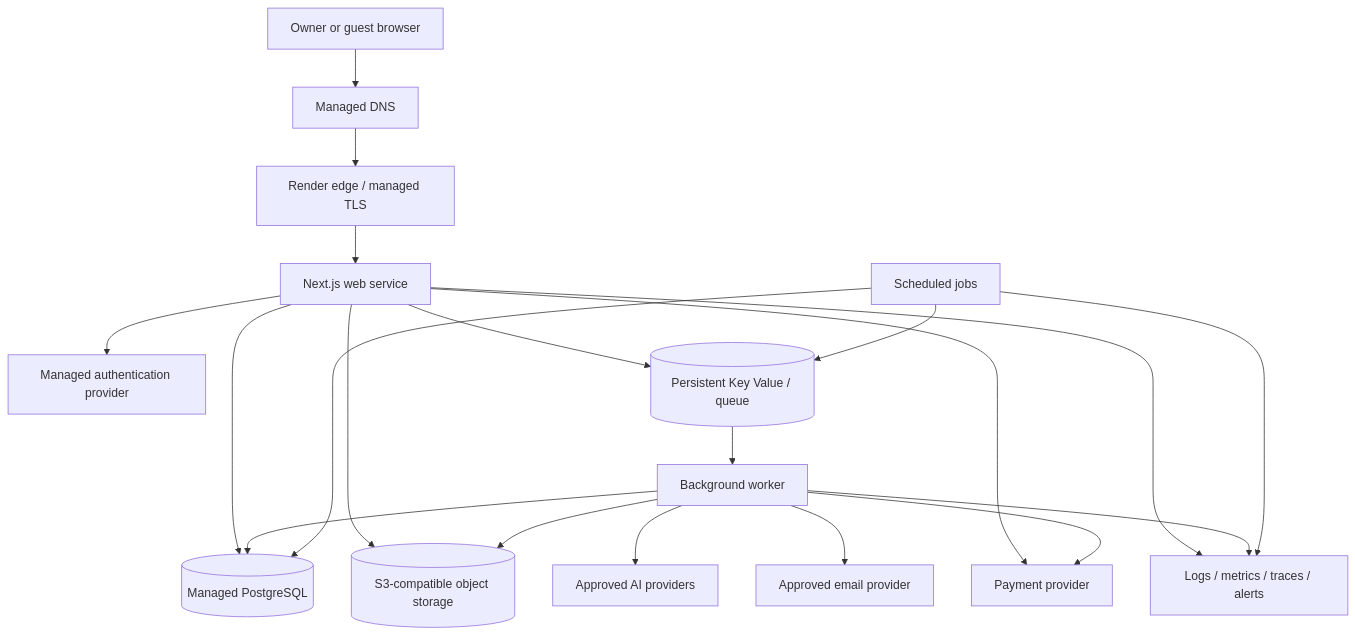
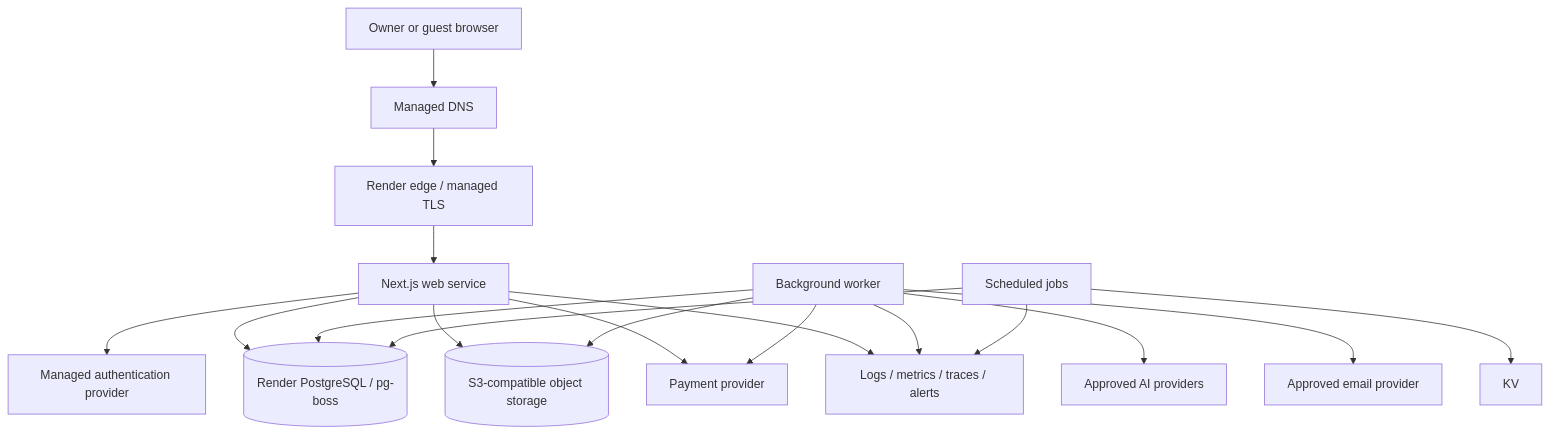
One commit to sarva-uttam/Digital-E-invite changed the diagram in docs/12_DEPLOYMENT.md. Above: the diagram before and after it, drawn with Mermaid. The commit also changed other lines of this file and 4 other files, not shown here.

````diff
--- a/docs/12_DEPLOYMENT.md
+++ b/docs/12_DEPLOYMENT.md
@@ -104,26 +104,24 @@
 ```mermaid
 flowchart TD
     U[Owner or guest browser] --> DNS[Managed DNS]
     DNS --> TLS[Render edge / managed TLS]
     TLS --> WEB[Next.js web service]
 
     WEB --> AUTH[Managed authentication provider]
-    WEB --> PG[(Managed PostgreSQL)]
-    WEB --> KV[(Persistent Key Value / queue)]
+    WEB --> PG[(Render PostgreSQL / pg-boss)]
     WEB --> OBJ[(S3-compatible object storage)]
     WEB --> PAY[Payment provider]
 
-    KV --> WRK[Background worker]
-    WRK --> PG
+    WRK[Background worker] --> PG
     WRK --> OBJ
     WRK --> AI[Approved AI providers]
     WRK --> MAIL[Approved email provider]
     WRK --> PAY
 
     CRON[Scheduled jobs] --> PG
     CRON --> KV
 
     WEB --> OBS[Logs / metrics / traces / alerts]
     WRK --> OBS
     CRON --> OBS
 ```
````
